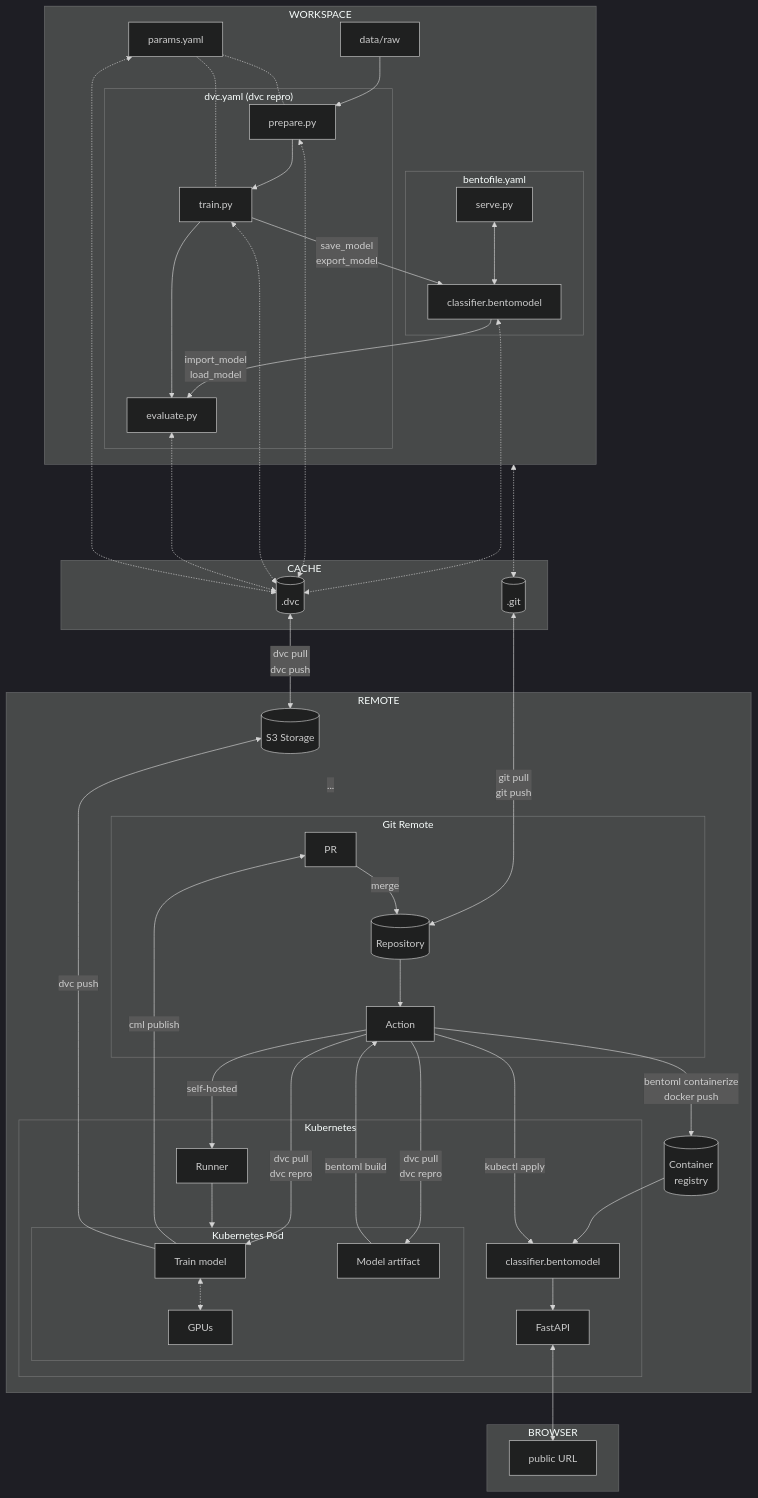
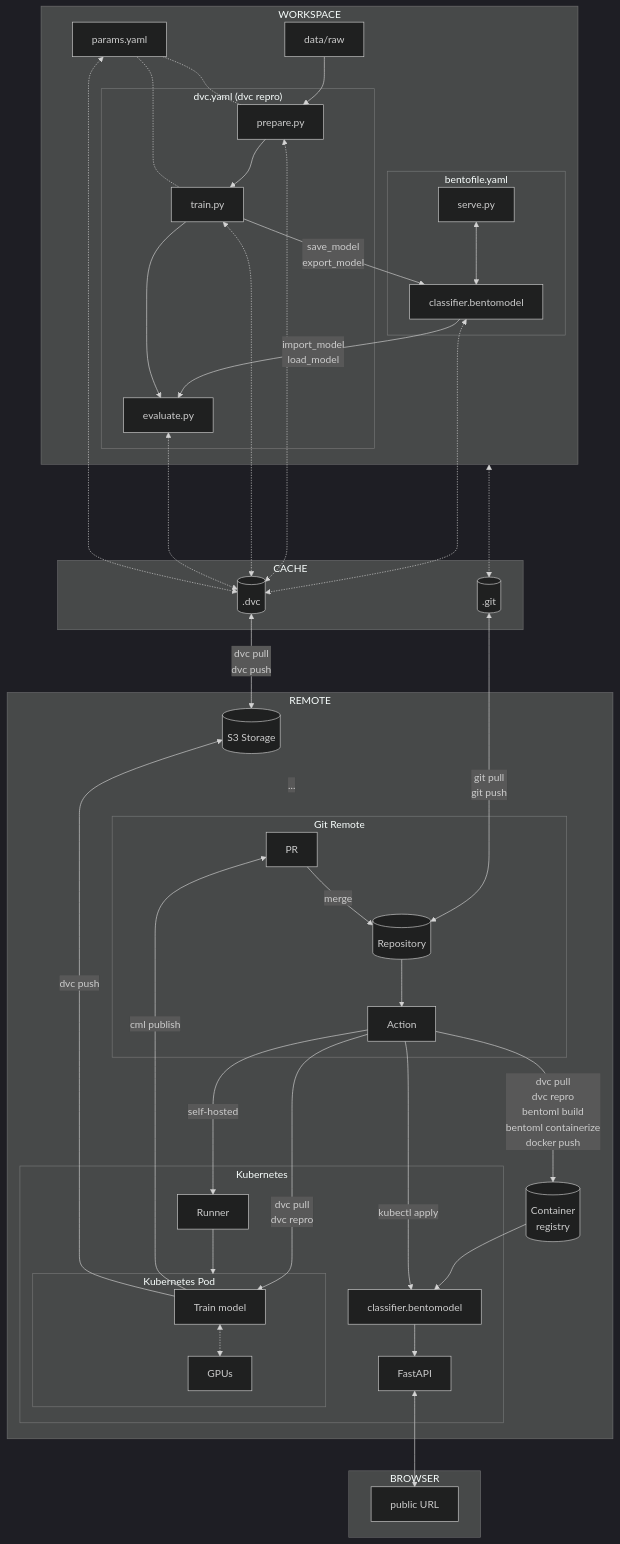
One commit to swiss-ai-center/a-guide-to-mlops changed the diagram in docs/part-3-serve-and-deploy-the-model/conclusion.md. Above: the diagram before and after it, drawn with Mermaid (dark theme). The commit also changed 1 other file, not shown here.

Commit message:
Update graph and content

````diff
--- a/docs/part-3-serve-and-deploy-the-model/conclusion.md
+++ b/docs/part-3-serve-and-deploy-the-model/conclusion.md
@@ -18,74 +18,73 @@
 ```mermaid
 flowchart TB
     dot_dvc[(.dvc)] <-->|dvc pull
                          dvc push| s3_storage[(S3 Storage)]
     dot_git[(.git)] <-->|git pull
                          git push| repository[(Repository)]
     workspaceGraph <-....-> dot_git
     data[data/raw]
 
     subgraph cacheGraph[CACHE]
         dot_dvc
         dot_git
     end
 
     subgraph workspaceGraph[WORKSPACE]
         bento_model[classifier.bentomodel] <-.-> dot_dvc
         prepare[prepare.py] <-.-> dot_dvc
         train[train.py] <-.-> dot_dvc
         evaluate[evaluate.py] <-.-> dot_dvc
         data --> prepare
         bento_model --> |import_model
                          load_model|evaluate
         train --> |save_model
                    export_model|bento_model
         subgraph dvcGraph["dvc.yaml (dvc repro)"]
             prepare --> train
             train --> evaluate
         end
         params[params.yaml] -.- prepare
         params -.- train
         params <-.-> dot_dvc
         subgraph bentoGraph[bentofile.yaml]
             bento_model
             serve[serve.py] <--> bento_model
         end
     end
 
     subgraph remoteGraph[REMOTE]
         s3_storage
         subgraph gitGraph[Git Remote]
             repository[(Repository)] --> action[Action]
             request[PR] --> |merge|repository
         end
-        action --> |bentoml containerize
+        action --> |dvc pull
+                    dvc repro
+                    bentoml build
+                    bentoml containerize
                     docker push|registry
         s3_storage -.- |...|request
         subgraph clusterGraph[Kubernetes]
             subgraph clusterPodGraph[Kubernetes Pod]
                 pod_train[Train model] <-.-> k8s_gpu[GPUs]
-                bento_artifact[Model artifact]
             end
             pod_runner[Runner] --> clusterPodGraph
-            action --> |dvc pull
-                        dvc repro|bento_artifact
             action -->|dvc pull
                        dvc repro| pod_train
             bento_service_cluster[classifier.bentomodel] --> k8s_fastapi[FastAPI]
         end
-        bento_artifact -->|bentoml build|action
         action --> |self-hosted|pod_runner
         pod_train -->|cml publish| request
         pod_train -->|dvc push| s3_storage
 
         registry[(Container
                   registry)] --> bento_service_cluster
         action --> |kubectl apply|bento_service_cluster
     end
 
     subgraph browserGraph[BROWSER]
         k8s_fastapi <--> publicURL["public URL"]
     end
 
     linkStyle 19 opacity:0.0
 ```
````
